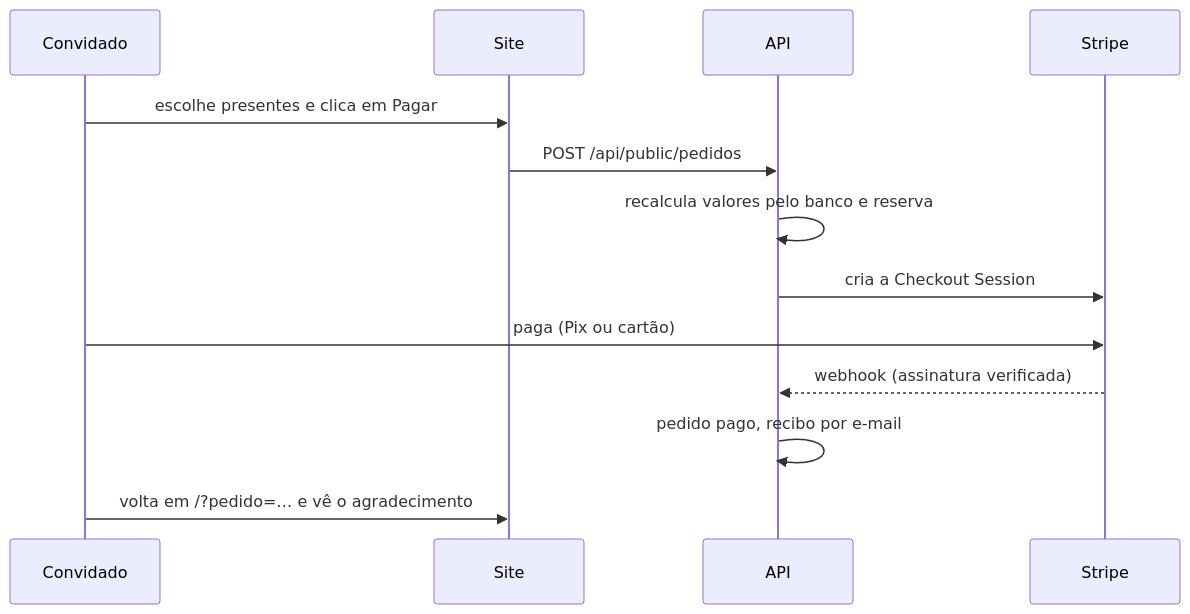
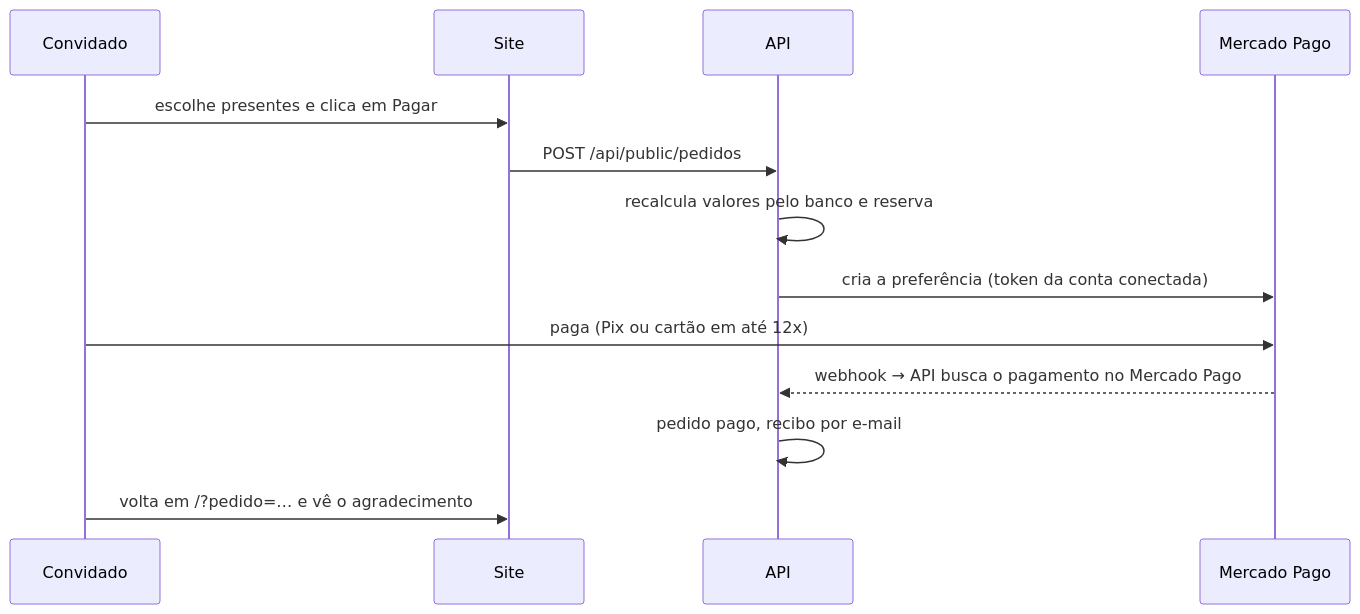
Before and after one commit to victorandrad/casamentonayaraevictor: the second of 3 diagrams in README.md, drawn with Mermaid. The commit also changed other lines of this file and 32 other files, not shown here.

First line of the commit message:
Pagamento pelo Mercado Pago com "Conectar ao Mercado Pago" no painel

````diff
--- a/README.md
+++ b/README.md
@@ -191,15 +191,15 @@
 ```mermaid
 sequenceDiagram
     participant C as Convidado
     participant S as Site
     participant A as API
-    participant St as Stripe
+    participant MP as Mercado Pago
     C->>S: escolhe presentes e clica em Pagar
     S->>A: POST /api/public/pedidos
     A->>A: recalcula valores pelo banco e reserva
-    A->>St: cria a Checkout Session
-    C->>St: paga (Pix ou cartão)
-    St-->>A: webhook (assinatura verificada)
+    A->>MP: cria a preferência (token da conta conectada)
+    C->>MP: paga (Pix ou cartão em até 12x)
+    MP-->>A: webhook → API busca o pagamento no Mercado Pago
     A->>A: pedido pago, recibo por e-mail
     C->>S: volta em /?pedido=… e vê o agradecimento
 ```
````
